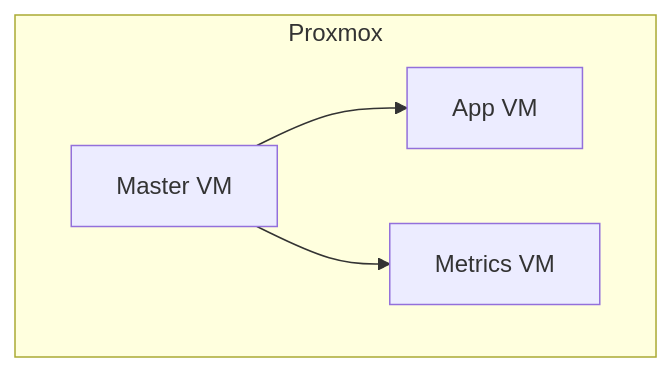
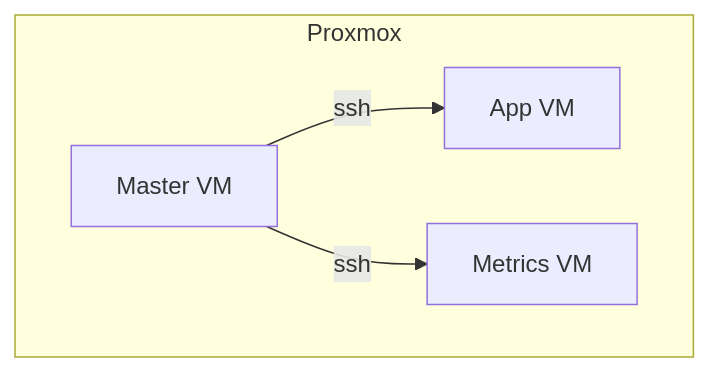
One commit to Filipanderssondev/Container_Stack_Deployment_With_Ansible changed the diagram in Extra/vm-architechture.md. Above: the diagram before and after it, drawn with Mermaid.

Commit message:
Update VM architecture diagram to include SSH links

````diff
--- a/Extra/vm-architechture.md
+++ b/Extra/vm-architechture.md
@@ -2,7 +2,7 @@
 ```mermaid
   flowchart TD
  subgraph s1["Proxmox"]
-        A["Master VM"] --> B["App VM"] 
-        A --> C["Metrics VM"]
+        A["Master VM"] --> |ssh|B["App VM"] 
+        A --> |ssh|C["Metrics VM"]
   end
 ```
````
